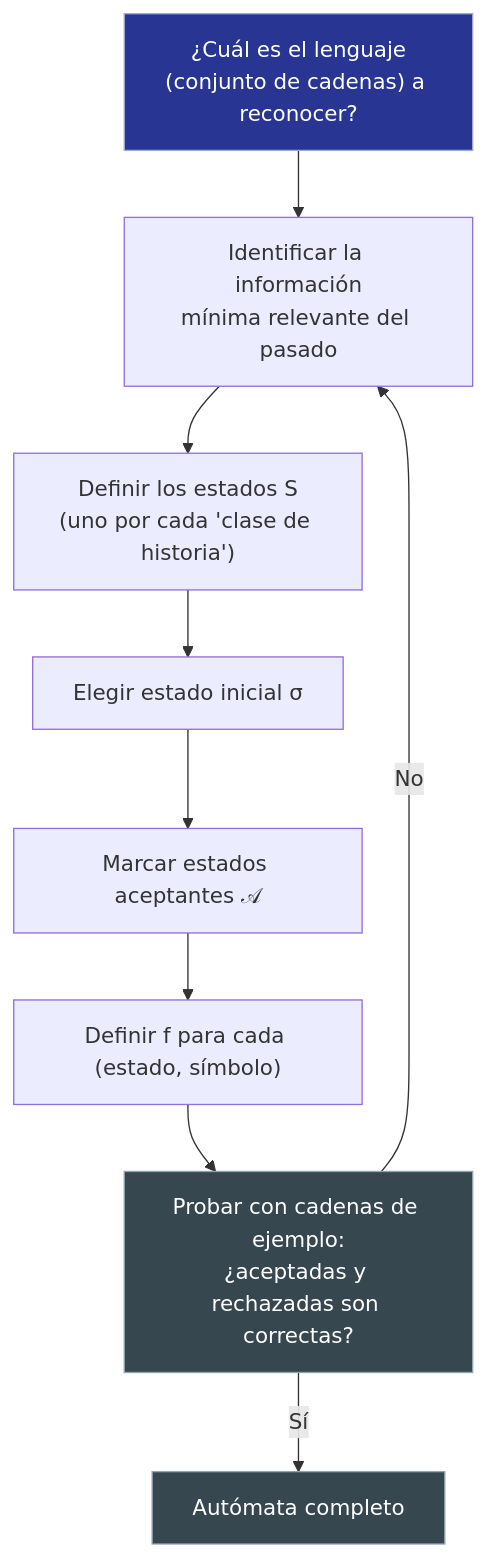
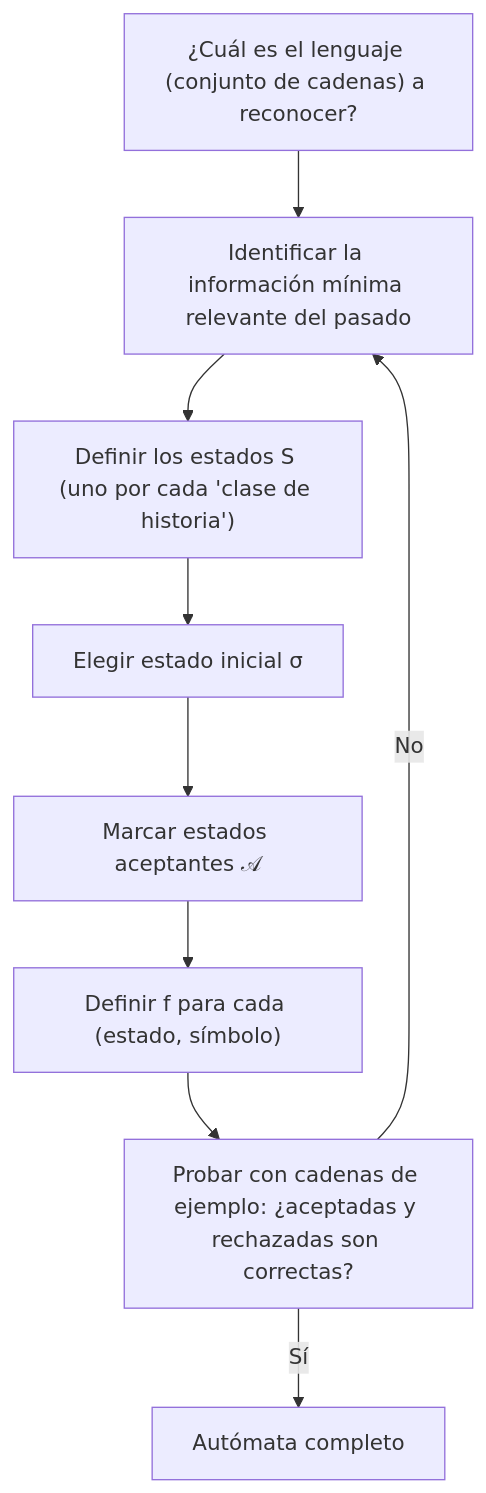
Before and after one commit to Fsteven22/Notas-ESPOL: the diagram in src/site/notes/Universidad/3er Semestre/Matemáticas Discretas/Unidad 6 - Lenguajes y Autómatas/02 - Autómatas de Estado Finito - Diseño y Aceptación de Cadenas.md, drawn with Mermaid. The commit also changed other lines of this file and 181 other files, not shown here.

````diff
--- a/src/site/notes/Universidad/3er Semestre/Matemáticas Discretas/Unidad 6 - Lenguajes y Autómatas/02 - Autómatas de Estado Finito - Diseño y Aceptación de Cadenas.md
+++ b/src/site/notes/Universidad/3er Semestre/Matemáticas Discretas/Unidad 6 - Lenguajes y Autómatas/02 - Autómatas de Estado Finito - Diseño y Aceptación de Cadenas.md
@@ -232,14 +219,11 @@
 ```mermaid
 graph TD
-    A["¿Cuál es el lenguaje<br/>(conjunto de cadenas) a reconocer?"] --> B["Identificar la información<br/>mínima relevante del pasado"]
-    B --> C["Definir los estados S<br/>(uno por cada 'clase de historia')"]
+    A["¿Cuál es el lenguaje (conjunto de cadenas) a reconocer?"] --> B["Identificar la información mínima relevante del pasado"]
+    B --> C["Definir los estados S (uno por cada 'clase de historia')"]
     C --> D["Elegir estado inicial σ"]
     D --> E["Marcar estados aceptantes 𝒜"]
     E --> F["Definir f para cada (estado, símbolo)"]
-    F --> G["Probar con cadenas de ejemplo:<br/>¿aceptadas y rechazadas son correctas?"]
+    F --> G["Probar con cadenas de ejemplo: ¿aceptadas y rechazadas son correctas?"]
     G -->|"No"| B
     G -->|"Sí"| H["Autómata completo"]
-    style A fill:#283593,color:#FFFFFF,stroke:#9FA8DA,stroke-width:1px
-    style H fill:#37474F,color:#FFFFFF,stroke:#90A4AE,stroke-width:1px
-    style G fill:#37474F,color:#FFFFFF,stroke:#90A4AE,stroke-width:1px
 ```
````
